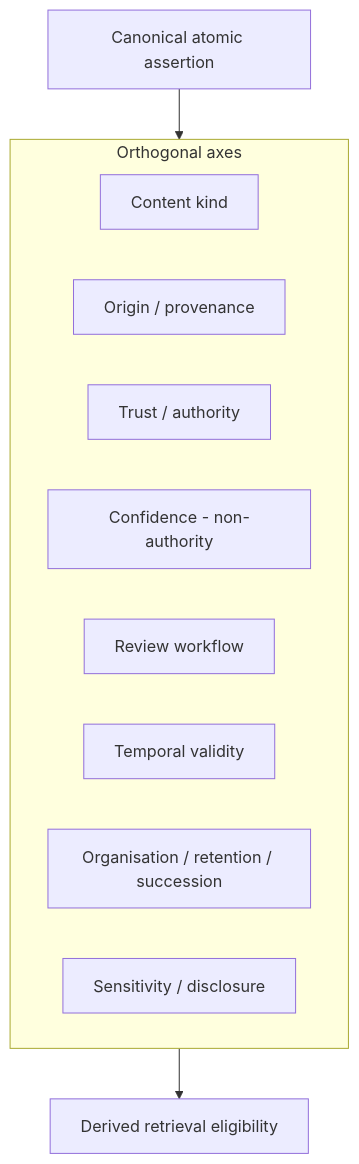
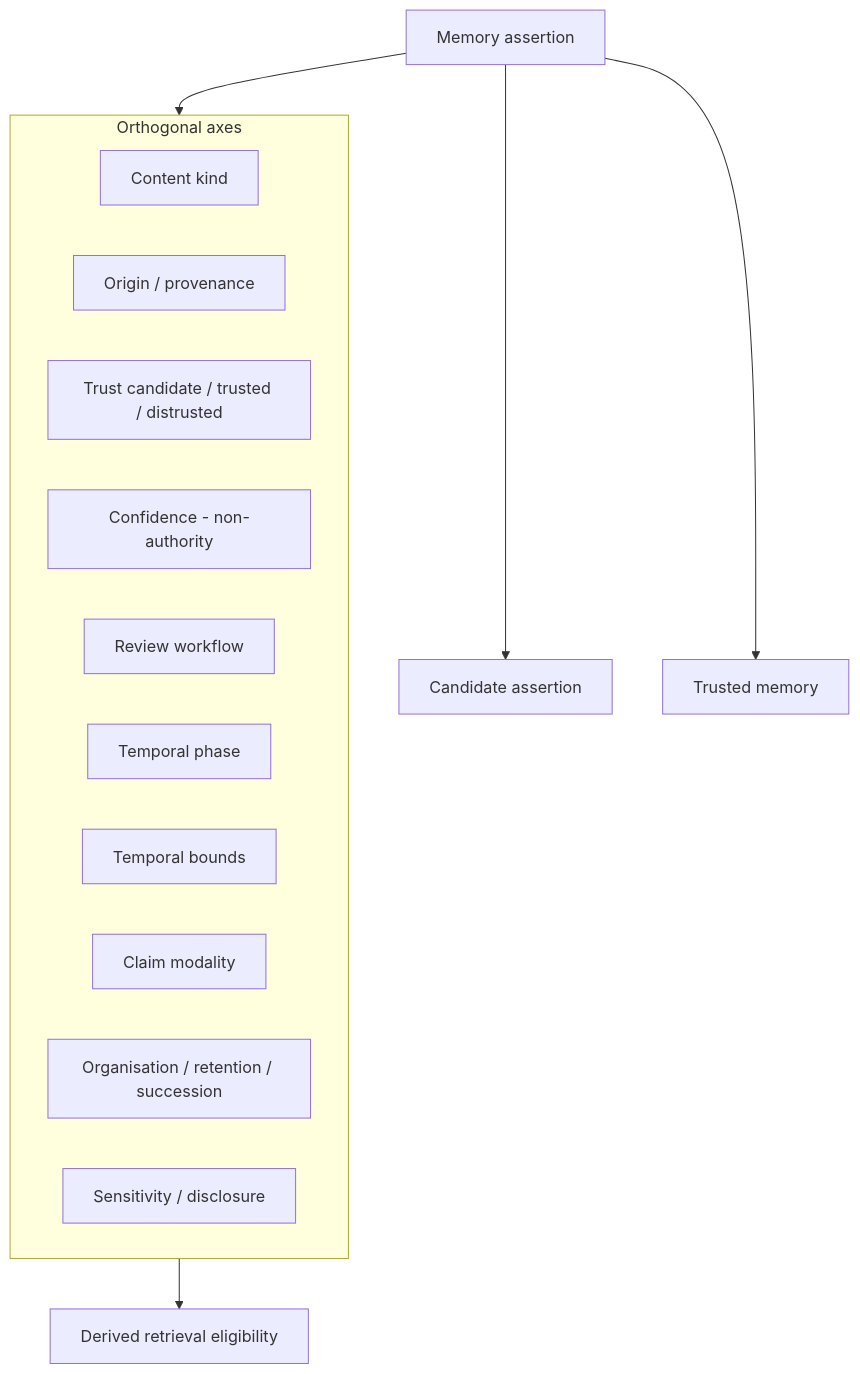
One commit to NicolVii/ContextVault changed the sixth of 9 diagrams in docs/memory-system/08-memory-model.md. Above: the diagram before and after it, drawn with Mermaid. The commit also changed other lines of this file, not shown here.

First line of the commit message:
docs: refine Stage 8 memory model

````diff
--- a/docs/memory-system/08-memory-model.md
+++ b/docs/memory-system/08-memory-model.md
@@ -1223,17 +1358,21 @@
 ```mermaid
 flowchart TB
   subgraph Axes["Orthogonal axes"]
     K[Content kind]
     O[Origin / provenance]
-    T[Trust / authority]
+    T[Trust candidate / trusted / distrusted]
     C[Confidence - non-authority]
     R[Review workflow]
-    V[Temporal validity]
+    P[Temporal phase]
+    B[Temporal bounds]
+    M[Claim modality]
     L[Organisation / retention / succession]
     S[Sensitivity / disclosure]
   end
-  M[Canonical atomic assertion]
+  A[Memory assertion]
   E[Derived retrieval eligibility]
-  M --> Axes
+  A --> Axes
   Axes --> E
+  A --> CandForm[Candidate assertion]
+  A --> TrustedForm[Trusted memory]
 ```
````
